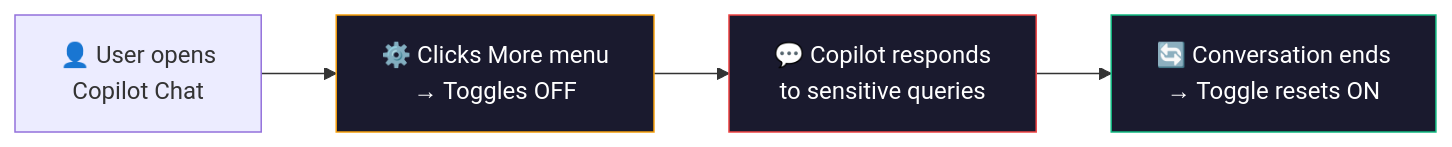
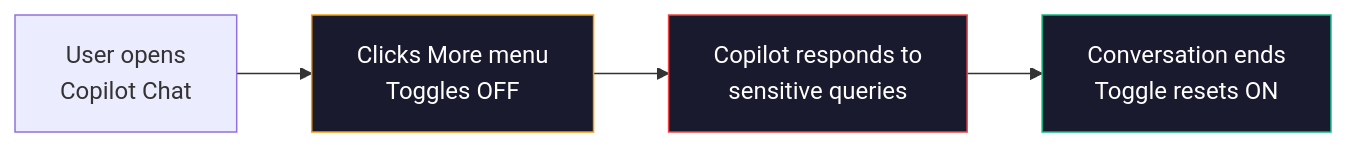
The second of 4 diagrams in content/blog/microsoft-365-copilot-content-safety-controls-complete-guide-for-admins.md (susanthgit/aguidetocloud-revamp), drawn with Mermaid before and after one commit. The commit also changed other lines of this file, not shown here.

````diff
--- a/content/blog/microsoft-365-copilot-content-safety-controls-complete-guide-for-admins.md
+++ b/content/blog/microsoft-365-copilot-content-safety-controls-complete-guide-for-admins.md
@@ -173,10 +173,10 @@
 ```mermaid
 flowchart LR
-    A["👤 User opens<br/>Copilot Chat"] --> B["⚙️ Clicks More menu<br/>→ Toggles OFF"]
-    B --> C["💬 Copilot responds<br/>to sensitive queries"]
-    C --> D["🔄 Conversation ends<br/>→ Toggle resets ON"]
+    A["User opens<br/>Copilot Chat"] --> B["Clicks More menu<br/>Toggles OFF"]
+    B --> C["Copilot responds to<br/>sensitive queries"]
+    C --> D["Conversation ends<br/>Toggle resets ON"]
     
     style B fill:#1a1a2e,stroke:#F59E0B,color:#fff
     style C fill:#1a1a2e,stroke:#EF4444,color:#fff
     style D fill:#1a1a2e,stroke:#10B981,color:#fff
 ```
````
